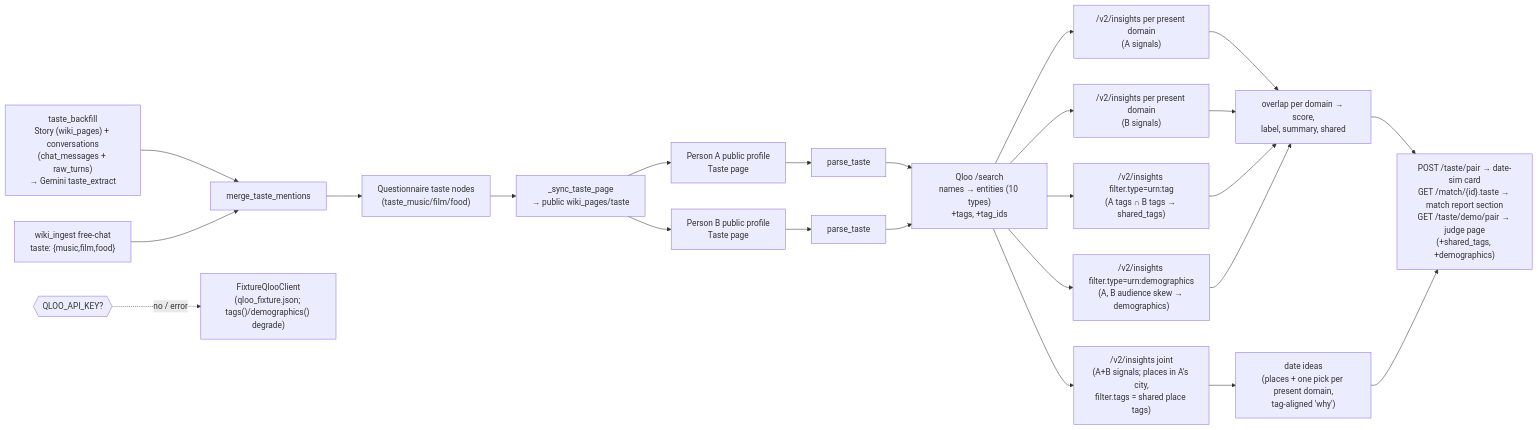
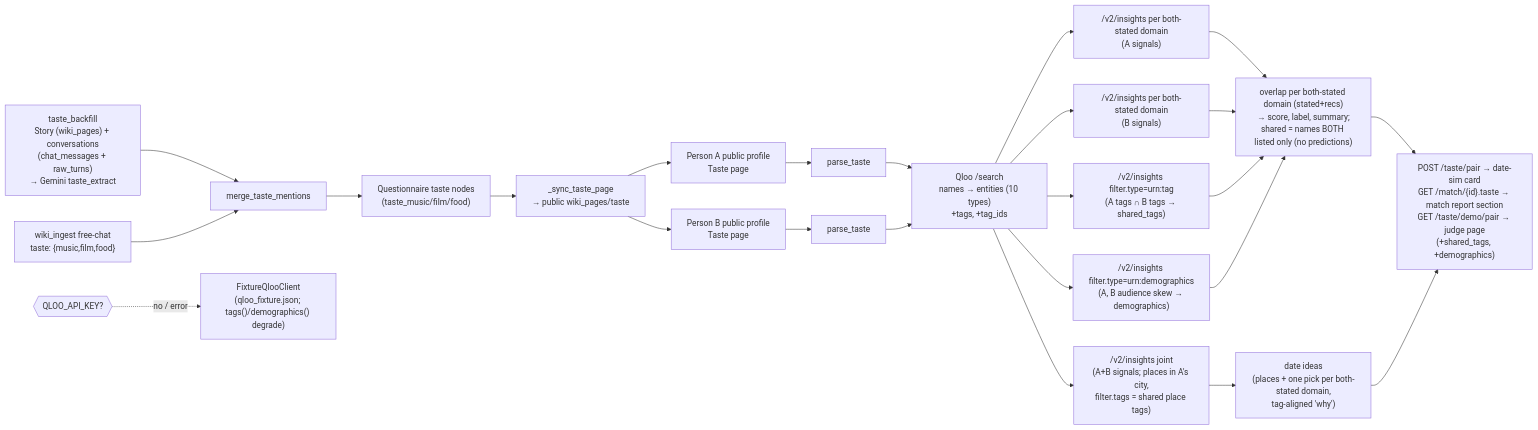
One commit to suhailps93/ayma-v2 changed diagram 13 of 13 in docs/ARCHITECTURE.md. Above: the diagram before and after it, drawn with Mermaid. The commit also changed other lines of this file and 5 other files, not shown here.

````diff
--- a/docs/ARCHITECTURE.md
+++ b/docs/ARCHITECTURE.md
@@ -2390,23 +2396,23 @@
 ```mermaid
 flowchart LR
   BF["taste_backfill<br/>Story (wiki_pages) + conversations<br/>(chat_messages + raw_turns)<br/>→ Gemini taste_extract"] --> MTM["merge_taste_mentions"]
   WI["wiki_ingest free-chat<br/>taste: {music,film,food}"] --> MTM
   MTM --> QZ["Questionnaire taste nodes<br/>(taste_music/film/food)"]
   QZ --> SYNC["_sync_taste_page<br/>→ public wiki_pages/taste"]
   SYNC --> A
   SYNC --> B
   A["Person A public profile<br/>Taste page"] --> PA["parse_taste"]
   B["Person B public profile<br/>Taste page"] --> PB["parse_taste"]
   PA & PB --> RES["Qloo /search<br/>names → entities (10 types)<br/>+tags, +tag_ids"]
-  RES --> RA["/v2/insights per present domain<br/>(A signals)"]
-  RES --> RB["/v2/insights per present domain<br/>(B signals)"]
+  RES --> RA["/v2/insights per both-stated domain<br/>(A signals)"]
+  RES --> RB["/v2/insights per both-stated domain<br/>(B signals)"]
   RES --> RJ["/v2/insights joint<br/>(A+B signals; places in A's city,<br/>filter.tags = shared place tags)"]
   RES --> TG["/v2/insights filter.type=urn:tag<br/>(A tags ∩ B tags → shared_tags)"]
   RES --> DM["/v2/insights filter.type=urn:demographics<br/>(A, B audience skew → demographics)"]
-  RA & RB --> SC["overlap per domain → score,<br/>label, summary, shared"]
+  RA & RB --> SC["overlap per both-stated domain (stated+recs)<br/>→ score, label, summary;<br/>shared = names BOTH listed only (no predictions)"]
   TG --> SC
   DM --> SC
-  RJ --> DI["date ideas<br/>(places + one pick per present domain,<br/>tag-aligned 'why')"]
+  RJ --> DI["date ideas<br/>(places + one pick per both-stated domain,<br/>tag-aligned 'why')"]
   SC & DI --> OUT["POST /taste/pair → date-sim card<br/>GET /match/{id}.taste → match report section<br/>GET /taste/demo/pair → judge page<br/>(+shared_tags, +demographics)"]
   Q{{"QLOO_API_KEY?"}} -.no / error.-> FX["FixtureQlooClient<br/>(qloo_fixture.json; tags()/demographics() degrade)"]
 ```
````
